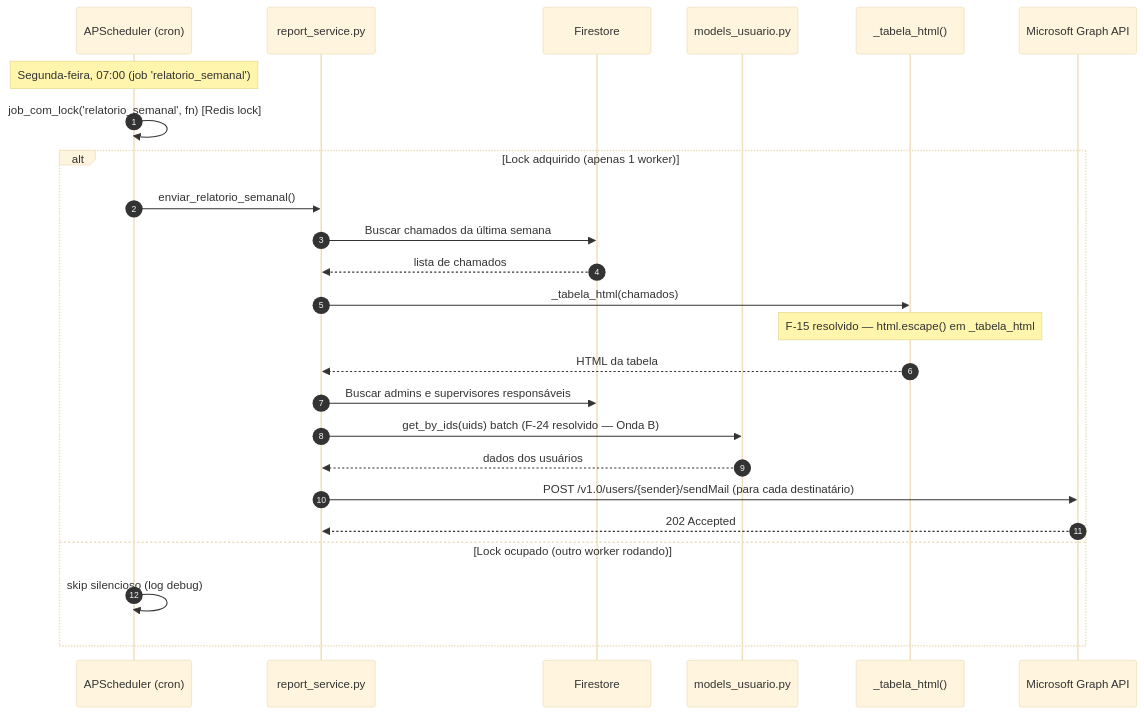
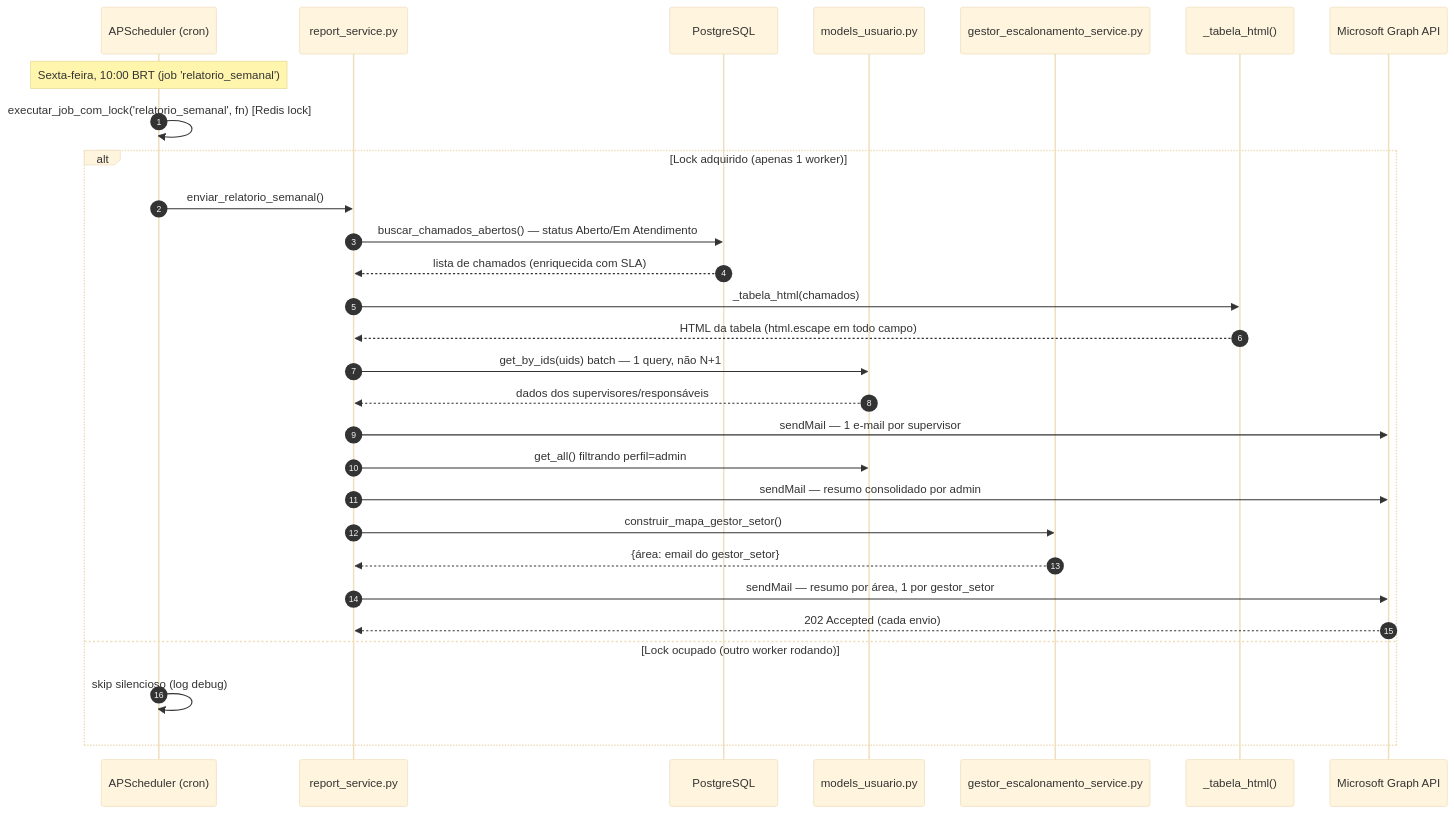
The seventh of 10 diagrams in docs/ARQUITETURA.md (matheusth16/sistema-chamados-dtx), drawn with Mermaid (base theme) before and after one commit. The commit also changed other lines of this file, not shown here.

````diff
--- a/docs/ARQUITETURA.md
+++ b/docs/ARQUITETURA.md
@@ -289,28 +363,32 @@
 ```mermaid
 sequenceDiagram
     autonumber
     participant APSched as APScheduler (cron)
     participant Report as report_service.py
-    participant FS as Firestore
+    participant DB as PostgreSQL
     participant Usuario as models_usuario.py
+    participant Gestor as gestor_escalonamento_service.py
     participant TabelaHTML as _tabela_html()
     participant Graph as Microsoft Graph API
 
-    Note over APSched: Segunda-feira, 07:00 (job 'relatorio_semanal')
-    APSched->>APSched: job_com_lock('relatorio_semanal', fn) [Redis lock]
+    Note over APSched: Sexta-feira, 10:00 BRT (job 'relatorio_semanal')
+    APSched->>APSched: executar_job_com_lock('relatorio_semanal', fn) [Redis lock]
     alt Lock adquirido (apenas 1 worker)
         APSched->>Report: enviar_relatorio_semanal()
-        Report->>FS: Buscar chamados da última semana
-        FS-->>Report: lista de chamados
+        Report->>DB: buscar_chamados_abertos() — status Aberto/Em Atendimento
+        DB-->>Report: lista de chamados (enriquecida com SLA)
         Report->>TabelaHTML: _tabela_html(chamados)
-        Note over TabelaHTML: F-15 resolvido — html.escape() em _tabela_html
-        TabelaHTML-->>Report: HTML da tabela
-        Report->>FS: Buscar admins e supervisores responsáveis
-        Report->>Usuario: get_by_ids(uids) batch (F-24 resolvido — Onda B)
-        Usuario-->>Report: dados dos usuários
-        Report->>Graph: POST /v1.0/users/{sender}/sendMail (para cada destinatário)
-        Graph-->>Report: 202 Accepted
+        TabelaHTML-->>Report: HTML da tabela (html.escape em todo campo)
+        Report->>Usuario: get_by_ids(uids) batch — 1 query, não N+1
+        Usuario-->>Report: dados dos supervisores/responsáveis
+        Report->>Graph: sendMail — 1 e-mail por supervisor
+        Report->>Usuario: get_all() filtrando perfil=admin
+        Report->>Graph: sendMail — resumo consolidado por admin
+        Report->>Gestor: construir_mapa_gestor_setor()
+        Gestor-->>Report: {área: email do gestor_setor}
+        Report->>Graph: sendMail — resumo por área, 1 por gestor_setor
+        Graph-->>Report: 202 Accepted (cada envio)
     else Lock ocupado (outro worker rodando)
         APSched->>APSched: skip silencioso (log debug)
     end
 ```
````
